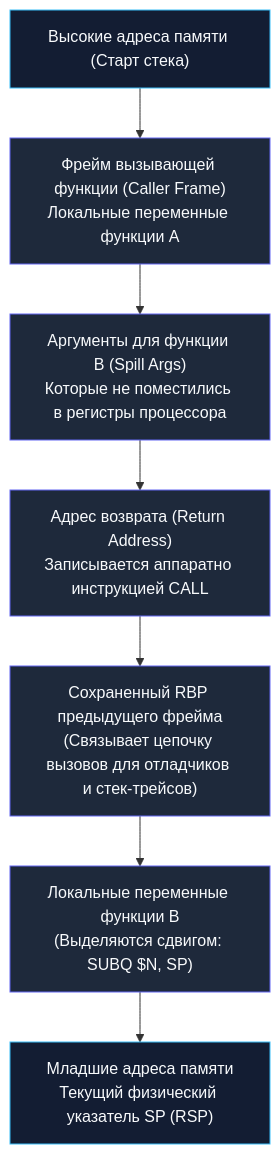
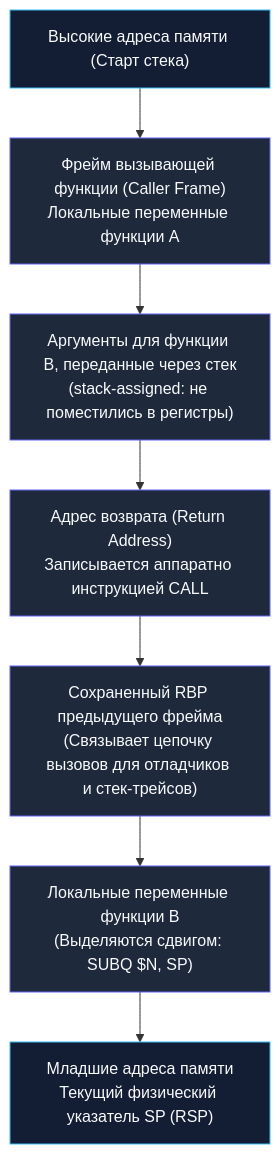
The second of 4 diagrams in sources/1. Архитектура компьютера/10. ABI, Calling Convention и стек вызовов.md (UnrealTemplier/go-textbook-ru), drawn with Mermaid before and after one commit. The commit also changed other lines of this file and 40 other files, not shown here.

````diff
--- a/sources/1. Архитектура компьютера/10. ABI, Calling Convention и стек вызовов.md
+++ b/sources/1. Архитектура компьютера/10. ABI, Calling Convention и стек вызовов.md
@@ -57,14 +57,14 @@
 ```mermaid
 flowchart TD
     HighMem["Высокие адреса памяти (Старт стека)"] --> CallerFrame["Фрейм вызывающей функции (Caller Frame)<br>Локальные переменные функции A"]
-    CallerFrame --> SpillArgs["Аргументы для функции B (Spill Args)<br>Которые не поместились в регистры процессора"]
+    CallerFrame --> SpillArgs["Аргументы для функции B, переданные через стек<br>(stack-assigned: не поместились в регистры)"]
     SpillArgs --> RetAddr["Адрес возврата (Return Address)<br>Записывается аппаратно инструкцией CALL"]
     RetAddr --> SavedBP["Сохраненный RBP предыдущего фрейма<br>(Связывает цепочку вызовов для отладчиков и стек-трейсов)"]
     SavedBP --> Locals["Локальные переменные функции B<br>(Выделяются сдвигом: SUBQ $N, SP)"]
     Locals --> LowMem["Младшие адреса памяти<br>Текущий физический указатель SP (RSP)"]
 
     classDef mem fill:#131d33,stroke:#38bdf8,stroke-width:1px,color:#f8fafc;
     classDef frame fill:#1e293b,stroke:#6366f1,stroke-width:1px,color:#f8fafc;
     class HighMem,LowMem mem;
     class CallerFrame,SpillArgs,RetAddr,SavedBP,Locals frame;
 ```
````
